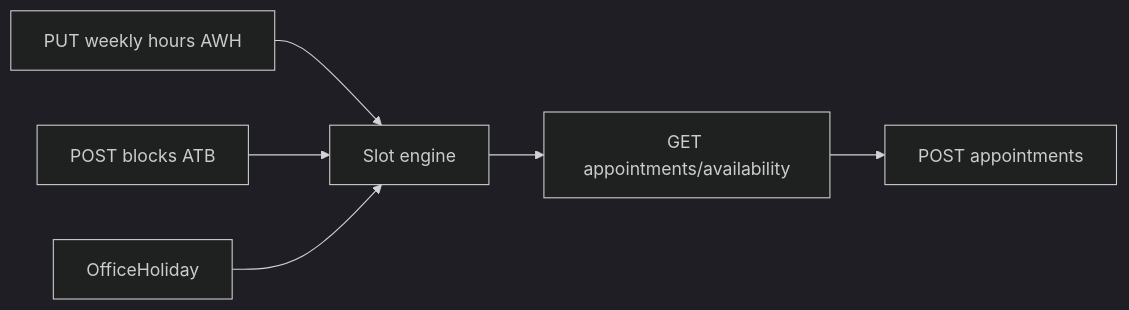
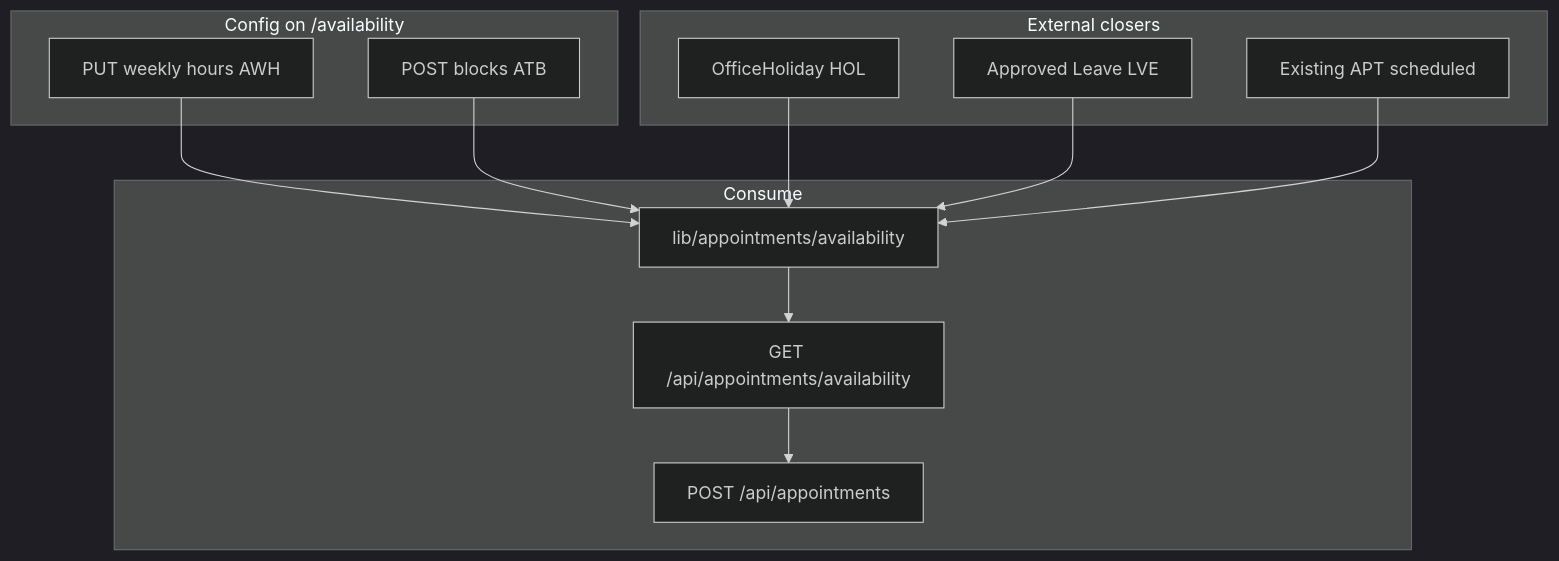
The first of 2 diagrams in docs/mlf flows/availability_flow.md (psmpasupathi009/mlf), drawn with Mermaid (dark theme) before and after one commit. The commit also changed other lines of this file and 52 other files, not shown here.

````diff
--- a/docs/mlf flows/availability_flow.md
+++ b/docs/mlf flows/availability_flow.md
@@ -12,8 +7,26 @@
 ```mermaid
-flowchart LR
-  hours["PUT weekly hours AWH"] --> calc["Slot engine"]
-  blocks["POST blocks ATB"] --> calc
-  hol["OfficeHoliday"] --> calc
-  calc --> slots["GET appointments/availability"]
-  slots --> book["POST appointments"]
+flowchart TD
+  subgraph config [Config on /availability]
+    hours["PUT weekly hours AWH"]
+    blocks["POST blocks ATB"]
+  end
+
+  subgraph external [External closers]
+    hol["OfficeHoliday HOL"]
+    leave["Approved Leave LVE"]
+    busy["Existing APT scheduled"]
+  end
+
+  subgraph consume [Consume]
+    calc["lib/appointments/availability"]
+    slots["GET /api/appointments/availability"]
+    book["POST /api/appointments"]
+  end
+
+  hours --> calc
+  blocks --> calc
+  hol --> calc
+  leave --> calc
+  busy --> calc
+  calc --> slots --> book
 ```
````
